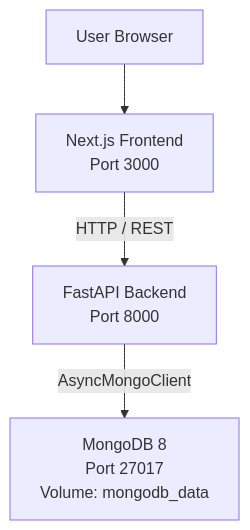
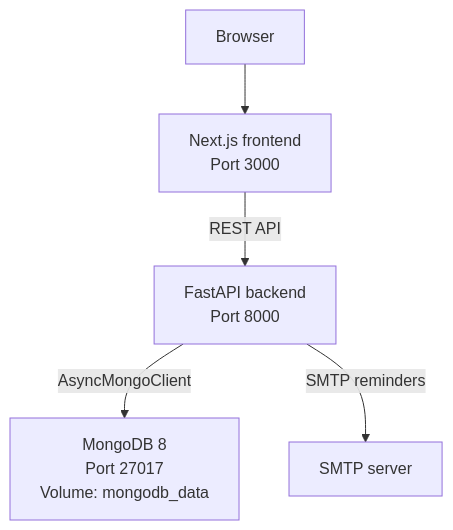
One commit to rabbitglauser/gibz-raumvermietung changed the diagram in docs/PROJECT_DOCUMENTATION.md. Above: the diagram before and after it, drawn with Mermaid. The commit also changed other lines of this file and 22 other files, not shown here.

````diff
--- a/docs/PROJECT_DOCUMENTATION.md
+++ b/docs/PROJECT_DOCUMENTATION.md
@@ -33,11 +37,13 @@
 ```mermaid
 graph TB
-    Browser["User Browser"]
-    Frontend["Next.js Frontend<br/>Port 3000"]
-    Backend["FastAPI Backend<br/>Port 8000"]
+    Browser["Browser"]
+    Frontend["Next.js frontend<br/>Port 3000"]
+    Backend["FastAPI backend<br/>Port 8000"]
     MongoDB["MongoDB 8<br/>Port 27017<br/>Volume: mongodb_data"]
+    SMTP["SMTP server"]
 
     Browser --> Frontend
-    Frontend -->|"HTTP / REST"| Backend
+    Frontend -->|"REST API"| Backend
     Backend -->|"AsyncMongoClient"| MongoDB
+    Backend -->|"SMTP reminders"| SMTP
 ```
````
